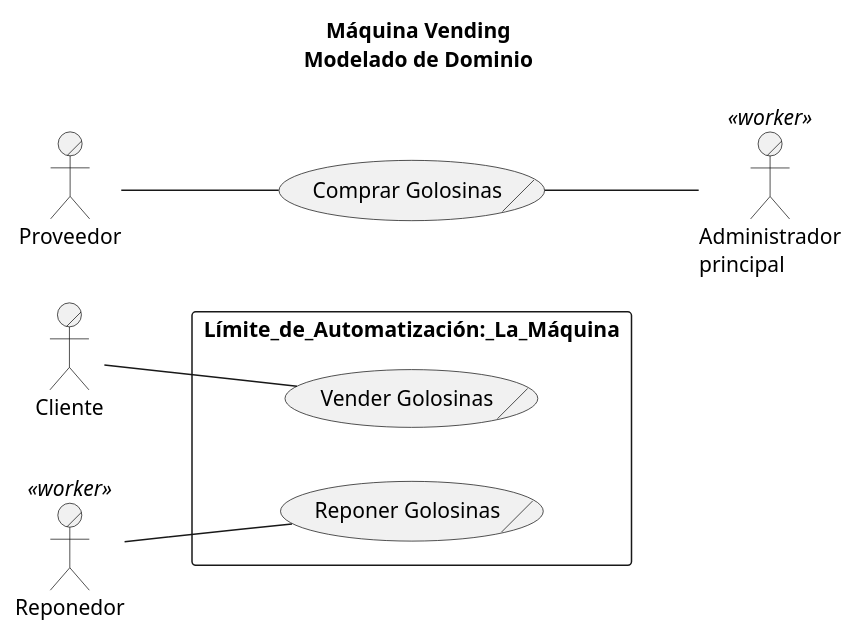
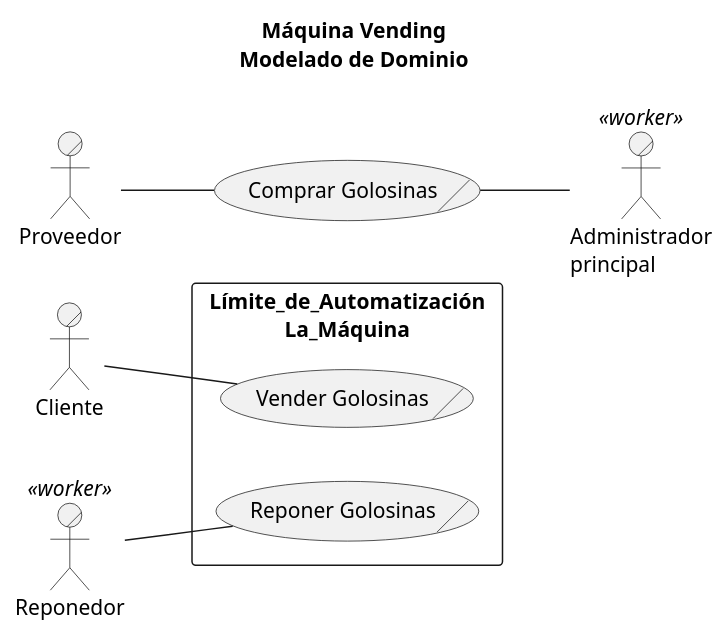
One commit to srlopez/RUP changed the first of 6 diagrams in ejemplos/maquina_vending.md. Above: the diagram before and after it, drawn with PlantUML. The commit also changed other lines of this file, not shown here.

````diff
--- a/ejemplos/maquina_vending.md
+++ b/ejemplos/maquina_vending.md
@@ -60,19 +136,19 @@
 ```plantuml
 @startuml
 title == Máquina Vending ==\nModelado de Dominio
 left to right direction
 :Cliente:/ as cli
 :Proveedor:/ as pro
 :Administrador\nprincipal:/ as jefe <<worker>>
 :Reponedor:/ as repo <<worker>>
 (Comprar Golosinas)/ as comprar
-rectangle Límite_de_Automatización:_La_Máquina {
+rectangle Límite_de_Automatización\nLa_Máquina {
   (Vender Golosinas)/ as vender
   (Reponer Golosinas)/ as reponer
 }
 cli -- vender
 repo -- reponer
 pro -- comprar
 comprar -- jefe
 @enduml
 ```
````
